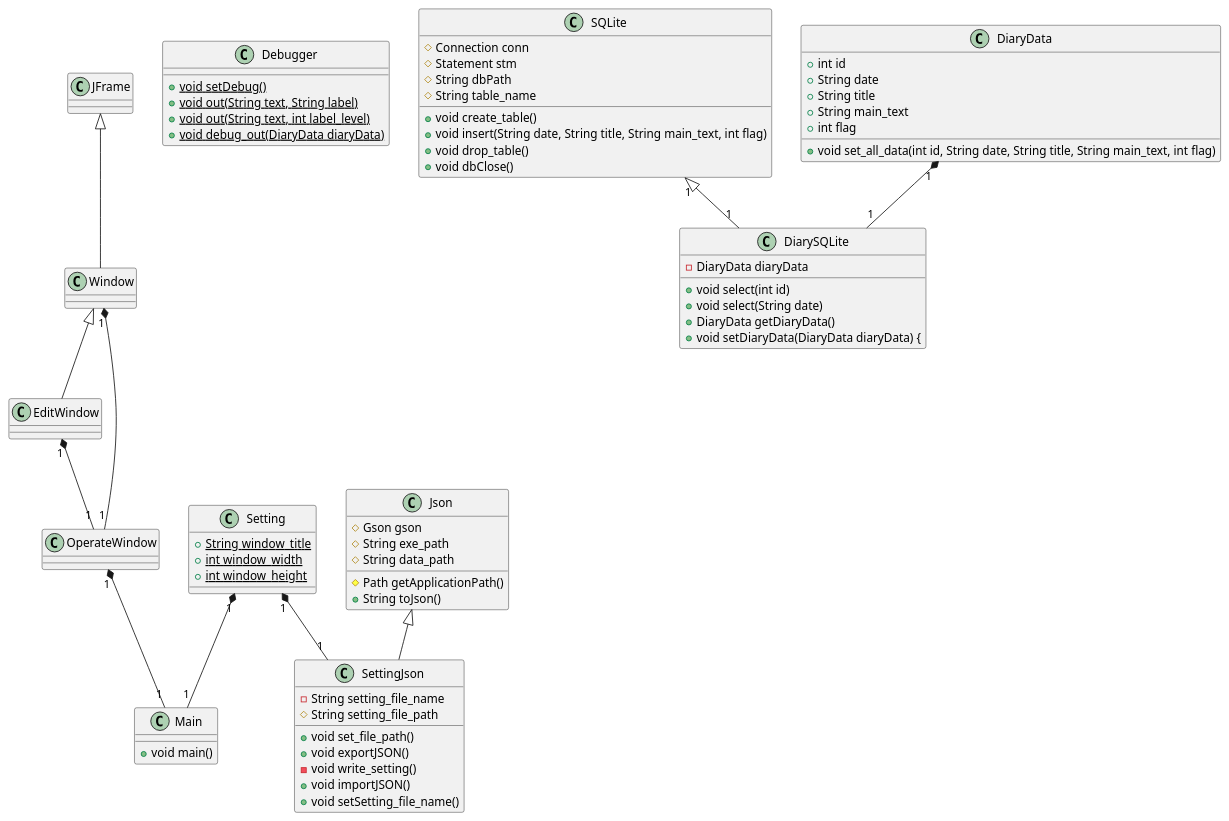
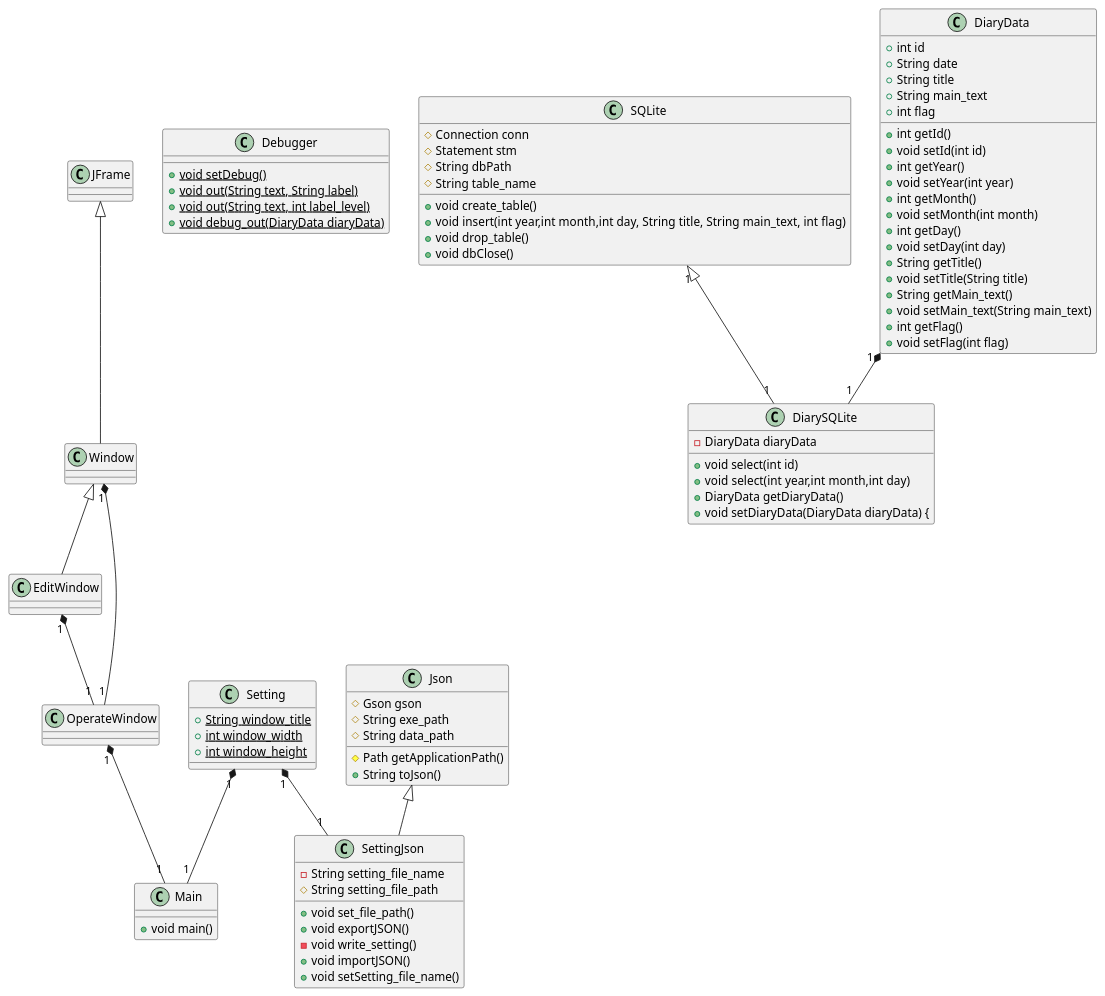
One commit to parsecmonkey/diary changed the diagram in UML/class.pu. Above: the diagram before and after it, drawn with PlantUML. The commit also changed 2 other files, not shown here.

Commit message:
DBデータ構造の変更によりクラス図を変更

```diff
--- a/UML/class.pu
+++ b/UML/class.pu
@@ -1,96 +1,109 @@
 @startuml
 ' クラス定義
 class Main {
     + void main()
 }
 
 class JFrame{
 }
 
 class Window {
 }
 
 class EditWindow {
 }
 
 class OperateWindow {
 }
 
 class Json {
     # Gson gson
     # String exe_path
     # String data_path
     # Path getApplicationPath()
     + String toJson()
 }
 
 class Setting {
     {static}+ String window_title
     {static}+ int window_width
     {static}+ int window_height
 }
 
 class SettingJson {    
     - String setting_file_name
     # String setting_file_path
     + void set_file_path()
     + void exportJSON()
     - void write_setting()
     + void importJSON()
     + void setSetting_file_name()
 }
 
 class Debugger{
     {static}+ void setDebug()
     {static}+ void out(String text, String label)
     {static}+ void out(String text, int label_level)
     {static}+ void debug_out(DiaryData diaryData)
 }
 
 ' DB関連
 
 class SQLite{
     # Connection conn
     # Statement stm
     # String dbPath
     # String table_name
     
     + void create_table() 
-    + void insert(String date, String title, String main_text, int flag)
+    + void insert(int year,int month,int day, String title, String main_text, int flag)
     + void drop_table()
     + void dbClose()
 }
 
 class DiarySQLite{
     - DiaryData diaryData
     + void select(int id)
-    + void select(String date)
+    + void select(int year,int month,int day)
     + DiaryData getDiaryData()
     + void setDiaryData(DiaryData diaryData) {
 }
 
 class DiaryData{
     + int id
     + String date
     + String title
     + String main_text
     + int flag
 
-    + void set_all_data(int id, String date, String title, String main_text, int flag)
+    + int getId()
+    + void setId(int id)
+    + int getYear()
+    + void setYear(int year)
+    + int getMonth()
+    + void setMonth(int month)
+    + int getDay()
+    + void setDay(int day)
+    + String getTitle()
+    + void setTitle(String title)
+    + String getMain_text()
+    + void setMain_text(String main_text)
+    + int getFlag()
+    + void setFlag(int flag) 
 }
 
 
 
 ' 関係
 ' Json <|-- SettingJson : 継承
 Json <|-- SettingJson
 JFrame <|-- Window
 Window "1" *-- "1" OperateWindow
 Window <|-- EditWindow
 EditWindow "1" *-- "1" OperateWindow
 OperateWindow "1" *-- "1" Main
 Setting "1" *-- "1" SettingJson
 Setting "1" *-- "1" Main
 DiaryData "1" *-- "1" DiarySQLite
 SQLite "1" <|-- "1" DiarySQLite
 @enduml
```
